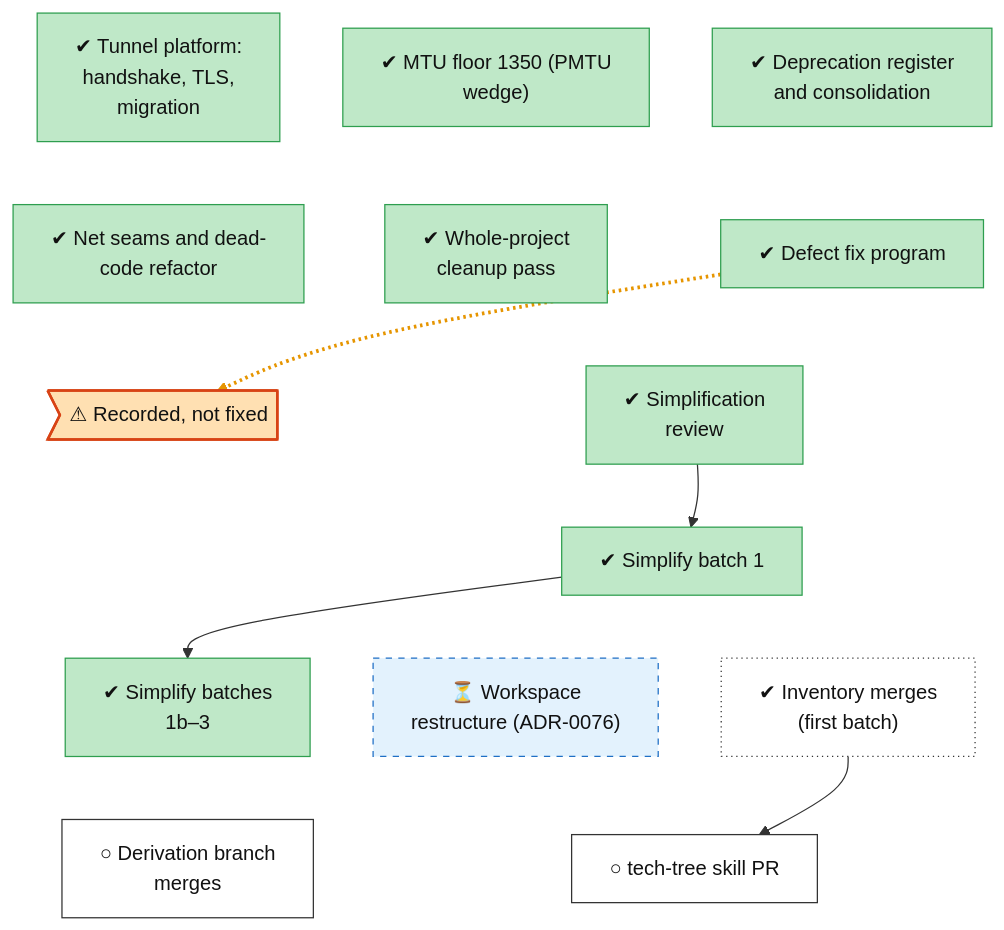
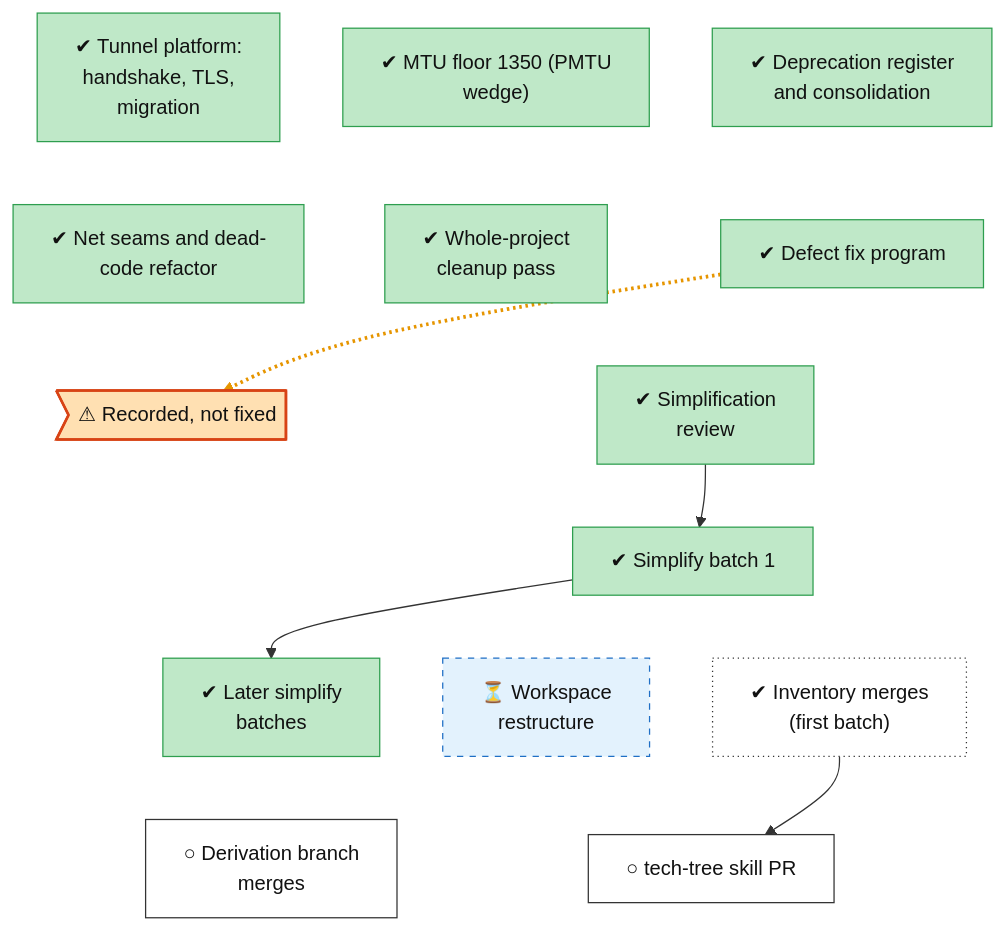
The diagram in docs/roadmap/tracks/infra.md (lhns/raptorpath), drawn with Mermaid before and after one commit. The commit also changed other lines of this file and 13 other files, not shown here.

First line of the commit message:
roadmap: titles without internal codes - no ADR numbers, arm and gate names, test-cell names, plan, lever or phase letters; a removed code with no other record is kept in notes

````diff
--- a/docs/roadmap/tracks/infra.md
+++ b/docs/roadmap/tracks/infra.md
@@ -10,54 +10,54 @@
 ```mermaid
 flowchart TB
     infra_early_platform["✔ Tunnel platform:<br/>handshake, TLS,<br/>migration"]
     infra_mtu_floor["✔ MTU floor 1350 (PMTU<br/>wedge)"]
     infra_consolidation["✔ Deprecation register<br/>and consolidation"]
     infra_net_seams["✔ Net seams and dead-<br/>code refactor"]
     infra_cleanup_0927["✔ Whole-project<br/>cleanup pass"]
     infra_fix_program["✔ Defect fix program"]
     infra_defect_recorded_not_fixed>"⚠ Recorded, not fixed"]
     infra_simplify_review["✔ Simplification<br/>review"]
     infra_simplify_batch1["✔ Simplify batch 1"]
-    infra_simplify_batch2["✔ Simplify batches<br/>1b–3"]
-    infra_restructure["⏳ Workspace<br/>restructure (ADR-0076)"]
+    infra_simplify_batch2["✔ Later simplify<br/>batches"]
+    infra_restructure["⏳ Workspace<br/>restructure"]
     infra_inventory_merges["✔ Inventory merges<br/>(first batch)"]
     infra_derivation_merges["○ Derivation branch<br/>merges"]
     infra_tech_tree_skill["○ tech-tree skill PR"]
     infra_early_platform ~~~ infra_net_seams
     infra_mtu_floor ~~~ infra_cleanup_0927
     infra_consolidation ~~~ infra_fix_program
     infra_net_seams ~~~ infra_defect_recorded_not_fixed
     infra_cleanup_0927 ~~~ infra_simplify_review
     infra_fix_program ~~~ infra_simplify_review
     infra_defect_recorded_not_fixed ~~~ infra_simplify_batch1
     infra_simplify_review ~~~ infra_simplify_batch1
     infra_simplify_batch1 ~~~ infra_simplify_batch2
     infra_simplify_batch1 ~~~ infra_restructure
     infra_simplify_batch1 ~~~ infra_inventory_merges
     infra_simplify_batch2 ~~~ infra_derivation_merges
     infra_restructure ~~~ infra_tech_tree_skill
     infra_inventory_merges ~~~ infra_tech_tree_skill
     infra_fix_program -.-> infra_defect_recorded_not_fixed
     infra_simplify_review --> infra_simplify_batch1
     infra_simplify_batch1 --> infra_simplify_batch2
     infra_inventory_merges --> infra_tech_tree_skill
     linkStyle 14 stroke:#e69500,stroke-width:3px,stroke-dasharray:2 3
     classDef vsucc fill:#2e9e4f,stroke:#1b6b34,color:#fff
     classDef succ fill:#bfe8c8,stroke:#2e9e4f,color:#111
     classDef mixed fill:#ffd37a,stroke:#c98a00,color:#111
     classDef bad fill:#f28b82,stroke:#b3261e,color:#111
     classDef dead fill:#e6e6e6,stroke:#777,stroke-dasharray:5 5,color:#555
     classDef inprog fill:#a8cdf5,stroke:#1f6fc5,color:#111
     classDef next fill:#fff,stroke:#333,color:#111
     classDef blocked fill:#fff,stroke:#b3261e,stroke-dasharray:2 2,color:#111
     classDef parked fill:#f3f3f3,stroke:#999,color:#555
     classDef unrated fill:#fff,stroke:#333,stroke-dasharray:1 3,color:#111
     classDef userdec fill:#d9c2f0,stroke:#7b3fb5,color:#111
     classDef defect fill:#ffe0b2,stroke:#d84315,stroke-width:2px,color:#111
     classDef waiting fill:#e3f2fd,stroke:#1f6fc5,stroke-dasharray:5 5,color:#111
     class infra_early_platform,infra_mtu_floor,infra_consolidation,infra_net_seams,infra_cleanup_0927,infra_fix_program,infra_simplify_review,infra_simplify_batch1,infra_simplify_batch2 succ
     class infra_defect_recorded_not_fixed defect
     class infra_restructure waiting
     class infra_inventory_merges unrated
     class infra_derivation_merges,infra_tech_tree_skill next
 ```
````
